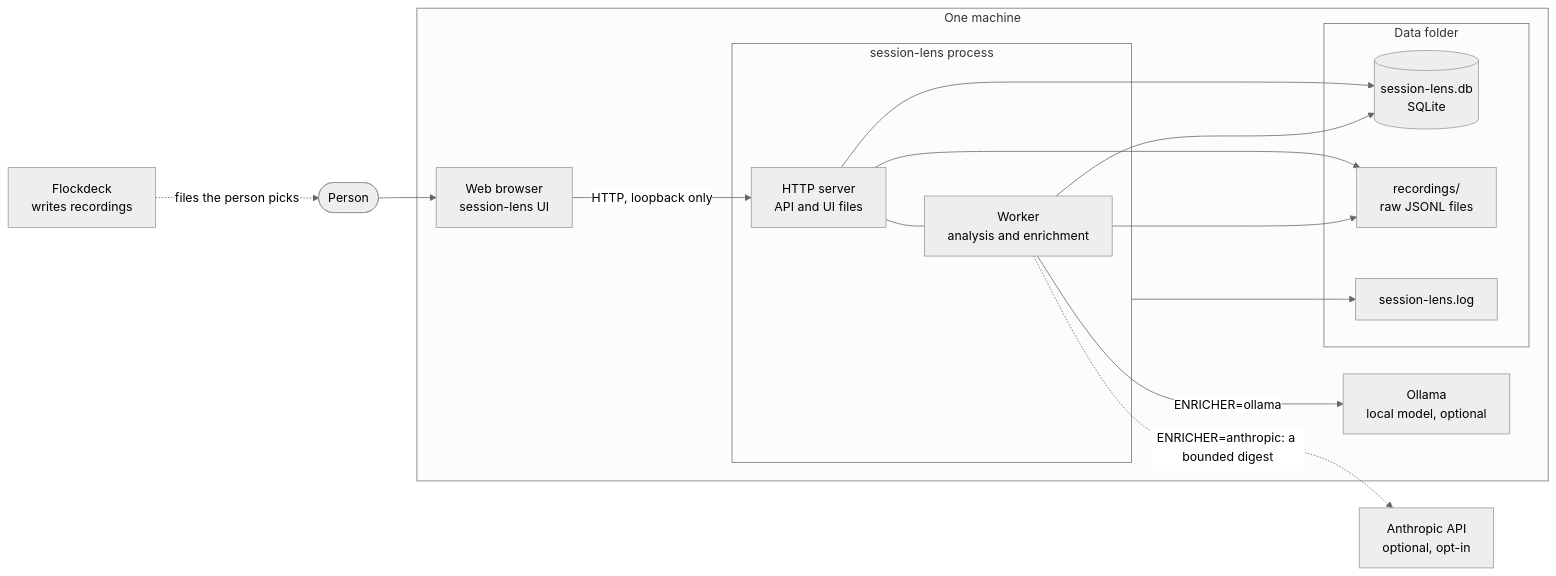
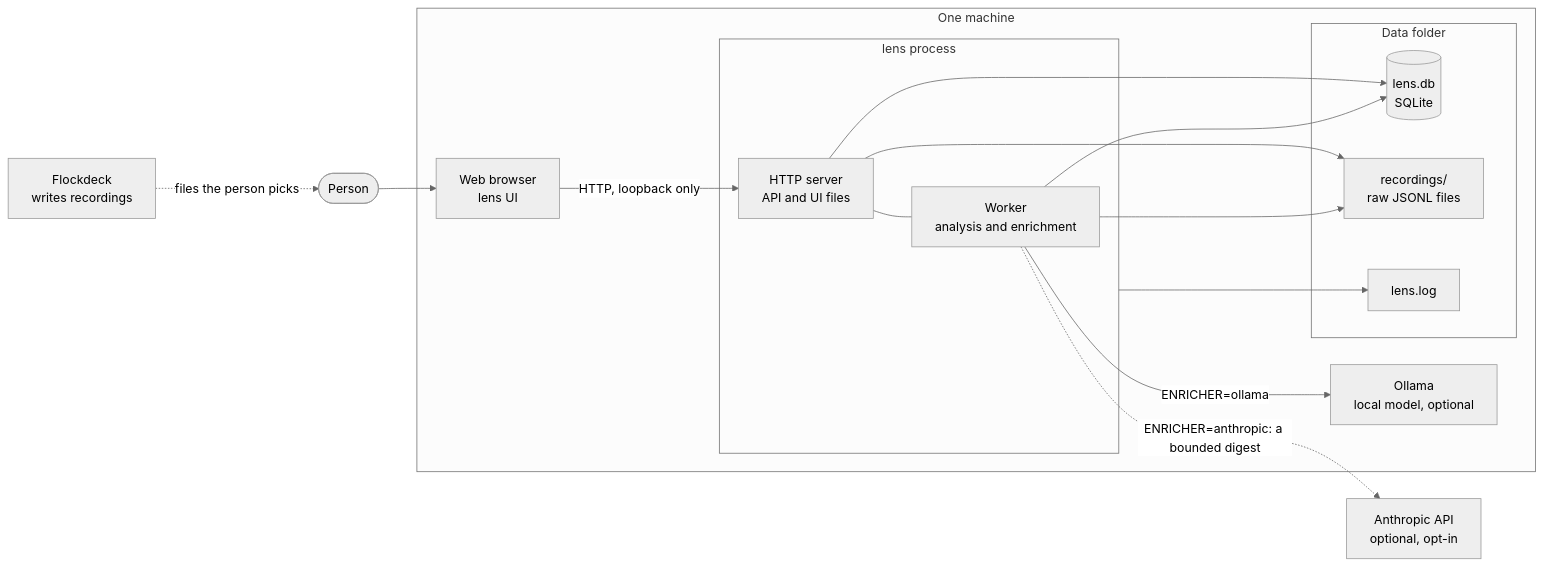
The first of 22 diagrams in docs/architecture.md (Flockdeck/lens), drawn with Mermaid (neutral theme) before and after one commit. The commit also changed other lines of this file and 187 other files, not shown here.

First line of the commit message:
Rename session-lens to lens

````diff
--- a/docs/architecture.md
+++ b/docs/architecture.md
@@ -11,31 +11,31 @@
 ```mermaid
 flowchart LR
     person([Person])
     fd[Flockdeck<br/>writes recordings]
     subgraph machine[One machine]
-        browser[Web browser<br/>session-lens UI]
-        subgraph proc[session-lens process]
+        browser[Web browser<br/>lens UI]
+        subgraph proc[lens process]
             server[HTTP server<br/>API and UI files]
             worker[Worker<br/>analysis and enrichment]
             server --- worker
         end
         subgraph data[Data folder]
-            db[(session-lens.db<br/>SQLite)]
+            db[(lens.db<br/>SQLite)]
             raw[recordings/<br/>raw JSONL files]
-            log[session-lens.log]
+            log[lens.log]
         end
         ollama[Ollama<br/>local model, optional]
     end
     anthropic[Anthropic API<br/>optional, opt-in]
 
     fd -. files the person picks .-> person
     person --> browser
     browser -- "HTTP, loopback only" --> server
     server --> db
     server --> raw
     worker --> db
     worker --> raw
     worker -- "ENRICHER=ollama" --> ollama
     worker -. "ENRICHER=anthropic: a bounded digest" .-> anthropic
     proc --> log
 ```
````
